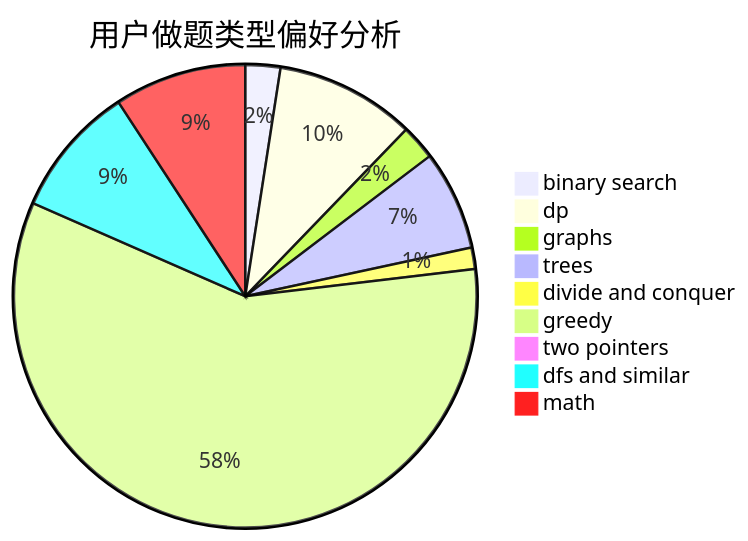
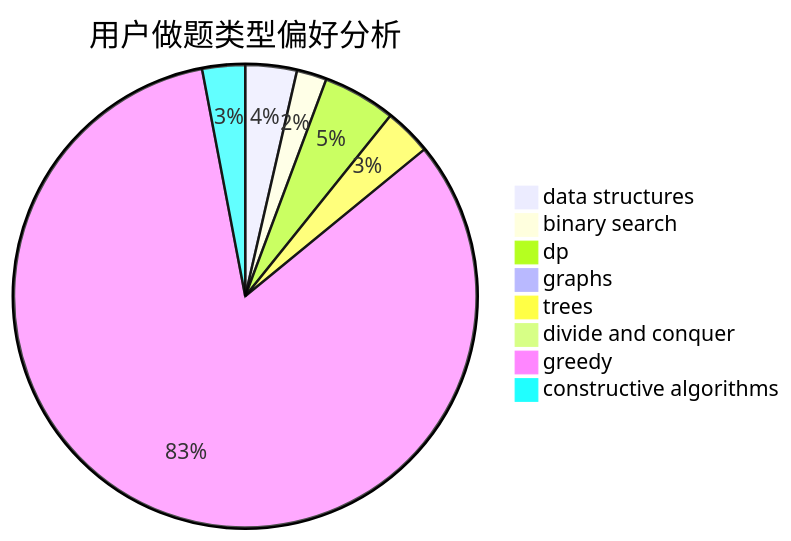
Before and after one commit to sherpahu/cfrs.github.io: the second of 3 diagrams in docs/user/u2439.md, drawn with Mermaid. The commit also changed other lines of this file and 2775 other files, not shown here.

````diff
--- a/docs/user/u2439.md
+++ b/docs/user/u2439.md
@@ -23,12 +23,11 @@
 ```mermaid
 pie title 用户做题类型偏好分析
-    "binary search" :  13
-    "dp" :  52
-    "graphs" :  13
-    "trees" :  37
-    "divide and conquer" :  8
-    "greedy" :  311
-    "two pointers" :  3
-    "dfs and similar" :  49
-    "math" :  49
+    "data structures" :  12
+    "binary search" :  7
+    "dp" :  17
+    "graphs" :  1
+    "trees" :  11
+    "divide and conquer" :  0
+    "greedy" :  277
+    "constructive algorithms" :  10
 ```
````
